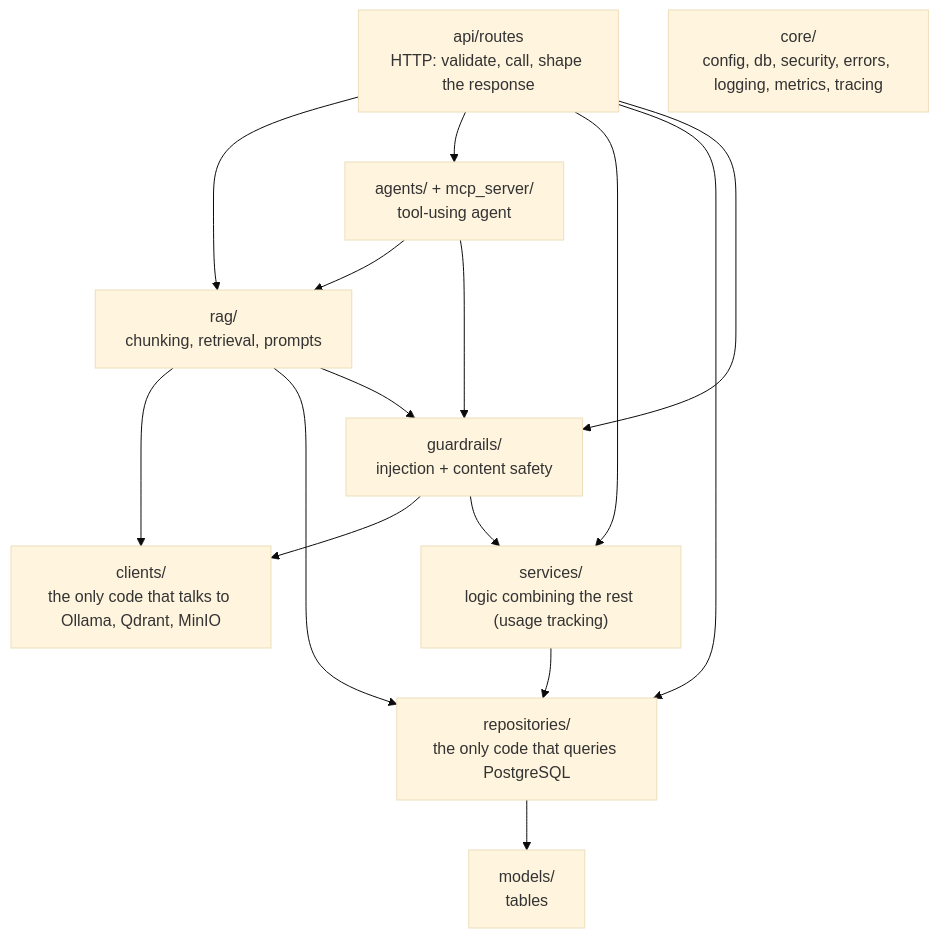
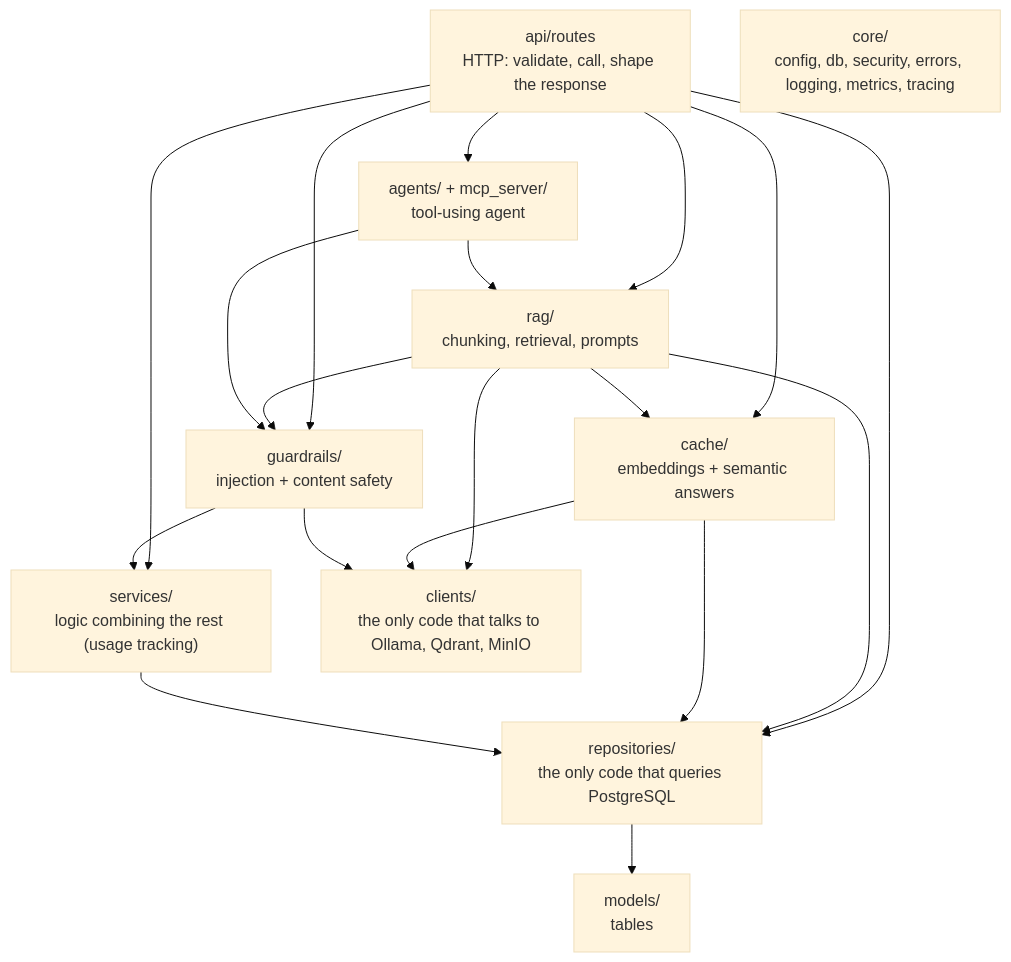
The third of 3 diagrams in docs/architecture.md (prasadvw332-beep/MyChatApp), drawn with Mermaid (base theme) before and after one commit. The commit also changed other lines of this file and 27 other files, not shown here.

````diff
--- a/docs/architecture.md
+++ b/docs/architecture.md
@@ -68,14 +75,16 @@
 ```mermaid
 flowchart TD
     routes["api/routes<br/>HTTP: validate, call, shape the response"] --> rag & agents & services & repositories
     rag["rag/<br/>chunking, retrieval, prompts"] --> clients & repositories
+    routes --> cache
+    rag --> cache["cache/<br/>embeddings + semantic answers"] --> clients & repositories
     agents["agents/ + mcp_server/<br/>tool-using agent"] --> rag
     services["services/<br/>logic combining the rest (usage tracking)"] --> repositories
     guardrails["guardrails/<br/>injection + content safety"] --> clients & services
     routes --> guardrails
     rag --> guardrails
     agents --> guardrails
     repositories["repositories/<br/>the only code that queries PostgreSQL"] --> models["models/<br/>tables"]
     clients["clients/<br/>the only code that talks to Ollama, Qdrant, MinIO"]
     core["core/<br/>config, db, security, errors, logging, metrics, tracing"]
 ```
````
